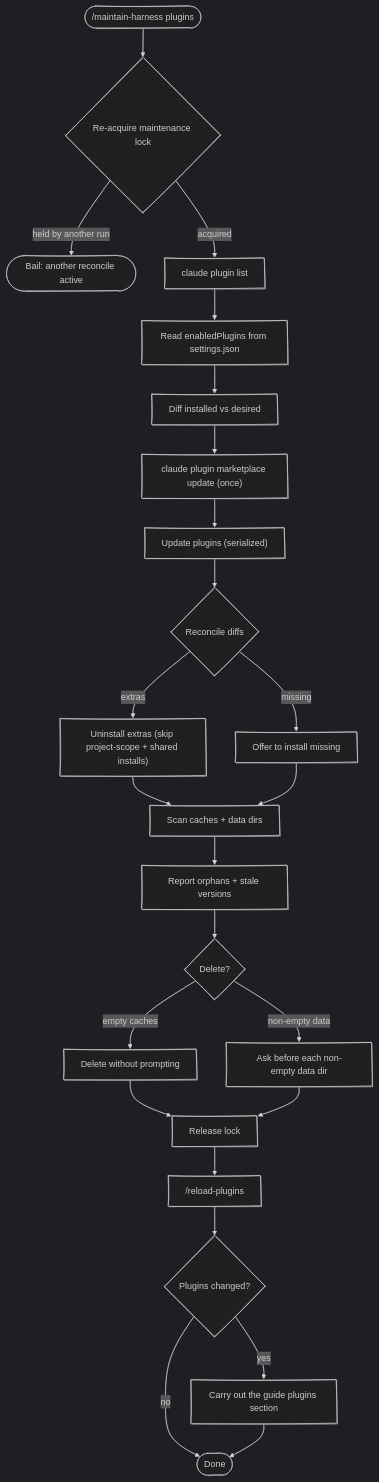
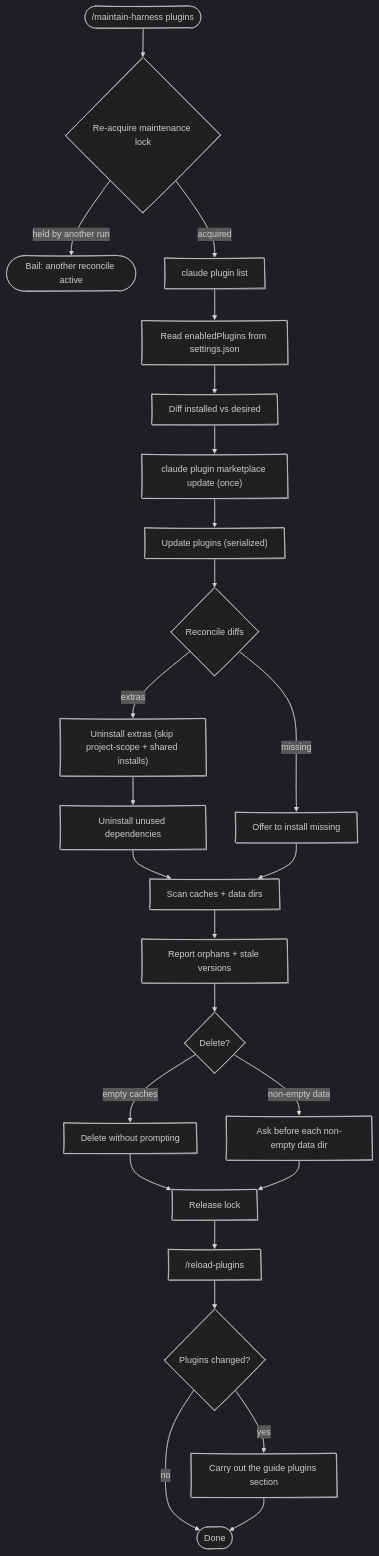
Before and after one commit to chris-peterson/shipshape: the diagram in skills/maintain-harness/references/plugins.md, drawn with Mermaid (dark theme). The commit also changed other lines of this file and 7 other files, not shown here.

First line of the commit message:
Uninstall dependencies no plugin needs any more

````diff
--- a/skills/maintain-harness/references/plugins.md
+++ b/skills/maintain-harness/references/plugins.md
@@ -27,27 +27,28 @@
 ```mermaid
 %%{ init: { 'look': 'handDrawn' } }%%
 flowchart TD
     Start(["/maintain-harness plugins"]) --> Lock{Re-acquire maintenance lock}
     Lock -->|held by another run| Bail([Bail: another reconcile active])
     Lock -->|acquired| List["claude plugin list"]
     List --> Read["Read enabledPlugins from settings.json"]
     Read --> Diff["Diff installed vs desired"]
     Diff --> Refresh["claude plugin marketplace update (once)"]
     Refresh --> Update["Update plugins (serialized)"]
     Update --> Reconcile{Reconcile diffs}
     Reconcile -->|extras| Uninstall["Uninstall extras (skip project-scope + shared installs)"]
     Reconcile -->|missing| Install["Offer to install missing"]
-    Uninstall --> Scan
+    Uninstall --> Deps["Uninstall unused dependencies"]
+    Deps --> Scan
     Install --> Scan
     Scan["Scan caches + data dirs"] --> Report["Report orphans + stale versions"]
     Report --> Confirm{Delete?}
     Confirm -->|empty caches| Auto["Delete without prompting"]
     Confirm -->|non-empty data| Ask["Ask before each non-empty data dir"]
     Auto --> Unlock["Release lock"]
     Ask --> Unlock
     Unlock --> Reload["/reload-plugins"]
     Reload --> Changed{Plugins changed?}
     Changed -->|yes| Guide["Carry out the guide plugins section"]
     Changed -->|no| Done([Done])
     Guide --> Done
 ```
````
